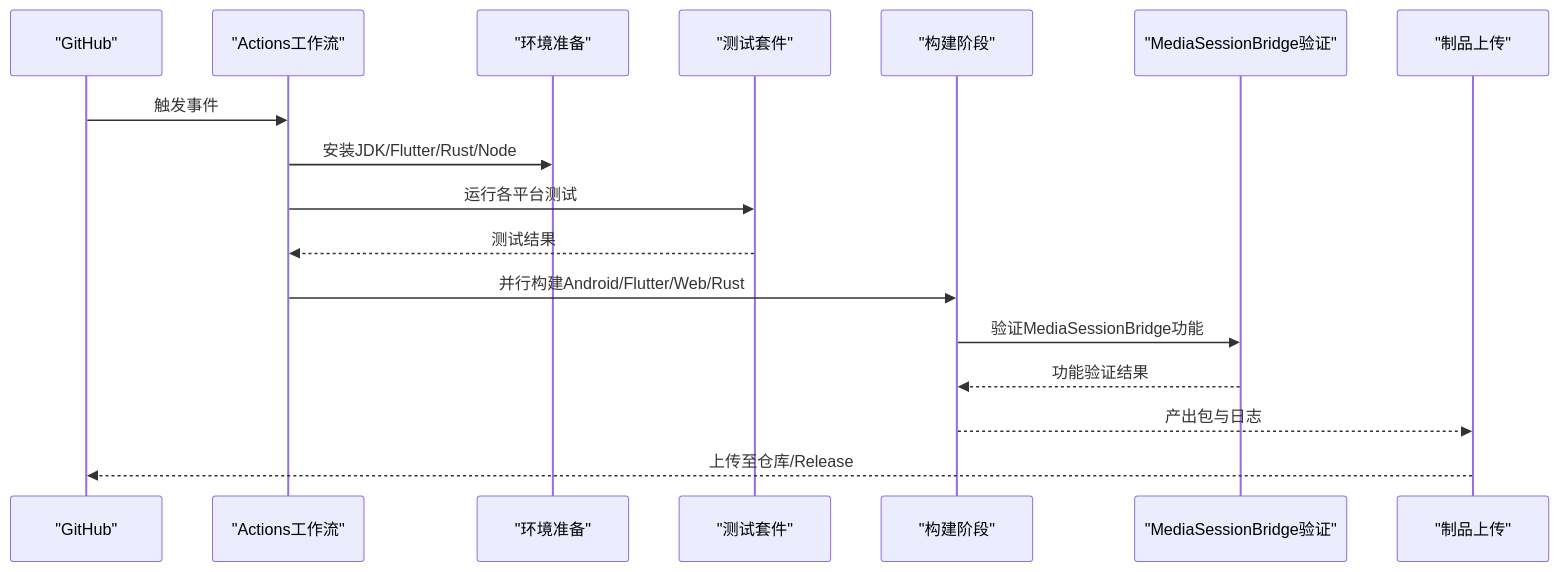
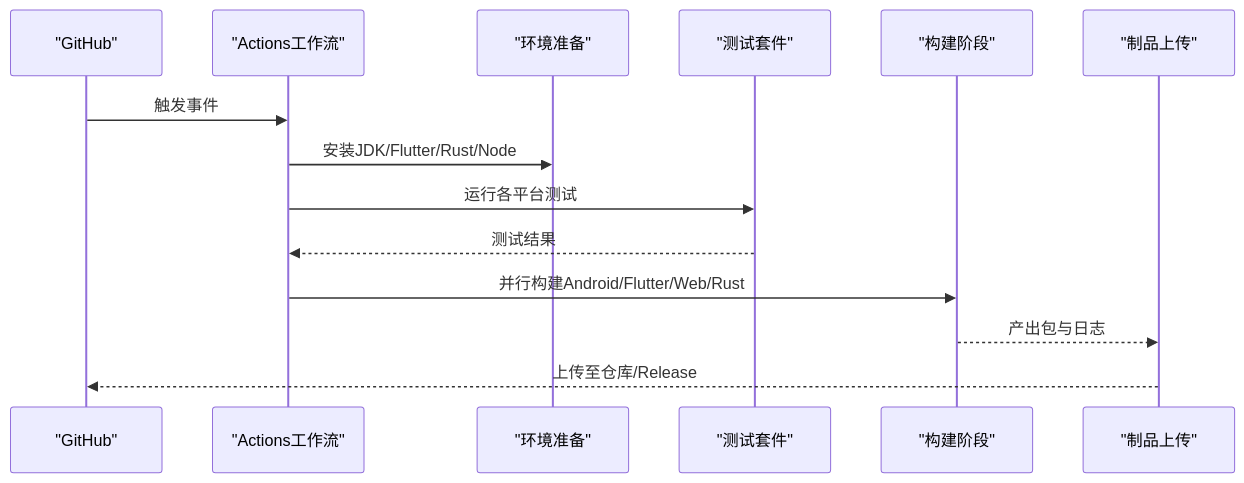
One commit to ZhangGHGitHub/LegadoTeamFlutter changed the eighth of 9 diagrams in .qoder/repowiki/zh/content/构建和部署/构建和部署.md. Above: the diagram before and after it, drawn with Mermaid. The commit also changed other lines of this file and 68 other files, not shown here.

````diff
--- a/.qoder/repowiki/zh/content/构建和部署/构建和部署.md
+++ b/.qoder/repowiki/zh/content/构建和部署/构建和部署.md
@@ -347,19 +391,16 @@
 ```mermaid
 sequenceDiagram
 participant GH as "GitHub"
 participant WF as "Actions工作流"
 participant ENV as "环境准备"
 participant TEST as "测试套件"
 participant BUILD as "构建阶段"
-participant MSB as "MediaSessionBridge验证"
 participant ART as "制品上传"
 GH->>WF : 触发事件
 WF->>ENV : 安装JDK/Flutter/Rust/Node
 WF->>TEST : 运行各平台测试
 TEST-->>WF : 测试结果
 WF->>BUILD : 并行构建Android/Flutter/Web/Rust
-BUILD->>MSB : 验证MediaSessionBridge功能
-MSB-->>BUILD : 功能验证结果
 BUILD-->>ART : 产出包与日志
 ART-->>GH : 上传至仓库/Release
 ```
````
